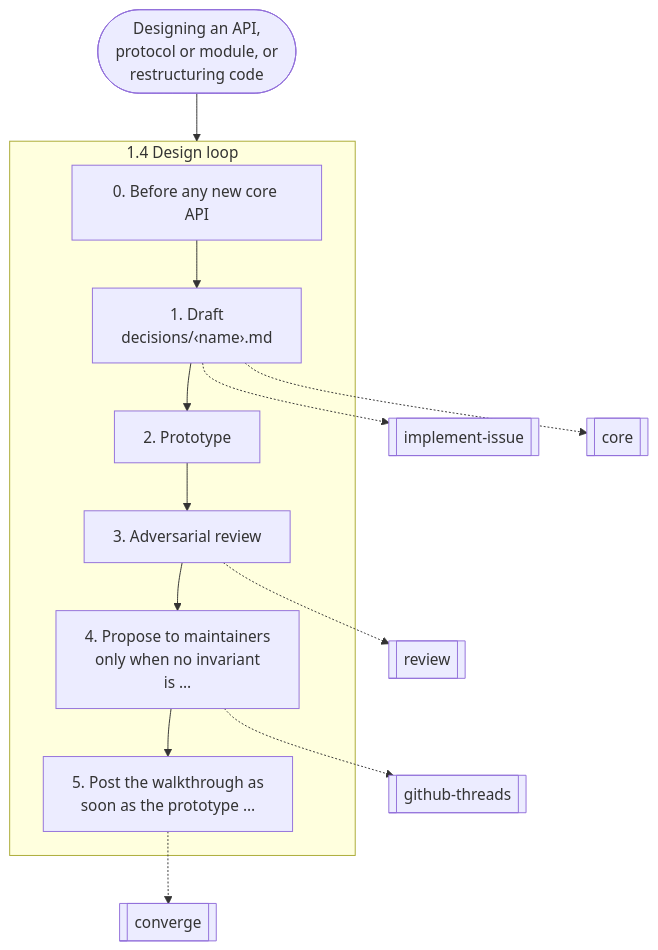
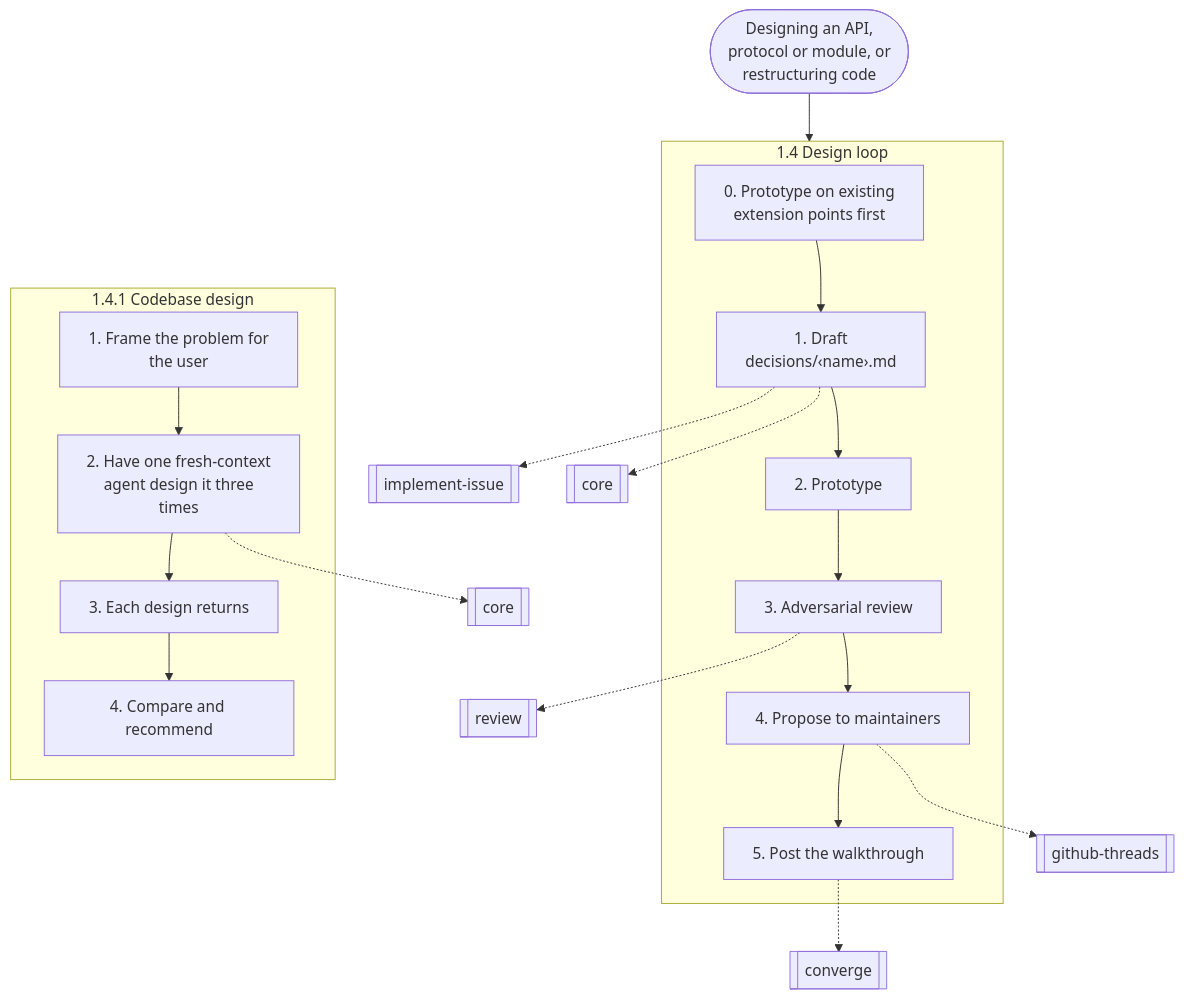
The second of 14 diagrams in docs/graphs.md (nitedani/mergeworthy), drawn with Mermaid before and after one commit. The commit also changed other lines of this file and 16 other files, not shown here.

````diff
--- a/docs/graphs.md
+++ b/docs/graphs.md
@@ -59,23 +59,34 @@
 ```mermaid
 flowchart TB
   start(["Designing an API,<br/>protocol or module, or<br/>restructuring code"])
   subgraph g0["1.4 Design loop"]
-    s0["0. Before any new core API"]
+    s0["0. Prototype on existing<br/>extension points first"]
     s1["1. Draft<br/>decisions/‹name›.md"]
     s0 --> s1
     s2["2. Prototype"]
     s1 --> s2
     s3["3. Adversarial review"]
     s2 --> s3
-    s4["4. Propose to maintainers<br/>only when no invariant<br/>is …"]
+    s4["4. Propose to maintainers"]
     s3 --> s4
-    s5["5. Post the walkthrough as<br/>soon as the prototype …"]
+    s5["5. Post the walkthrough"]
     s4 --> s5
   end
   s1 -.-> r1[["implement-issue"]]
   s1 -.-> r2[["core"]]
   s3 -.-> r3[["review"]]
   s4 -.-> r4[["github-threads"]]
   s5 -.-> r5[["converge"]]
+  subgraph g1["1.4.1 Codebase design"]
+    s6["1. Frame the problem for<br/>the user"]
+    s7["2. Have one fresh-context<br/>agent design it three<br/>times"]
+    s6 --> s7
+    s8["3. Each design returns"]
+    s7 --> s8
+    s9["4. Compare and recommend"]
+    s8 --> s9
+  end
+  s7 -.-> r6[["core"]]
   start --> g0
+  g0 ~~~ g1
 ```
````
